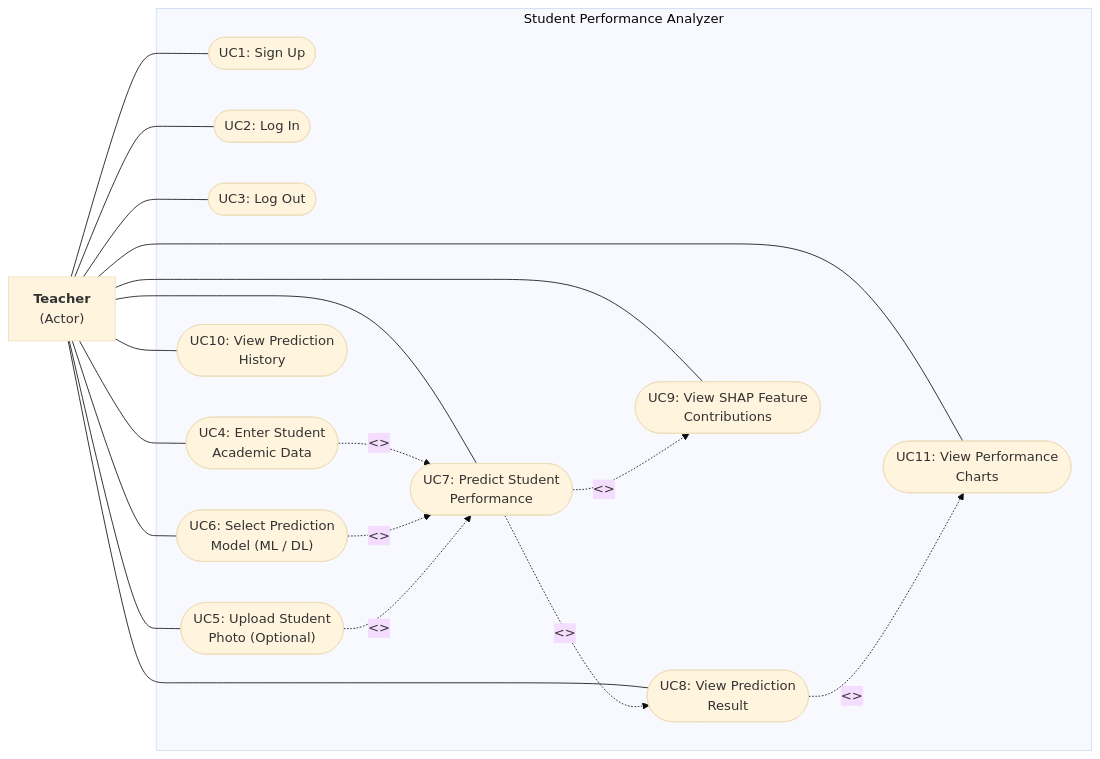
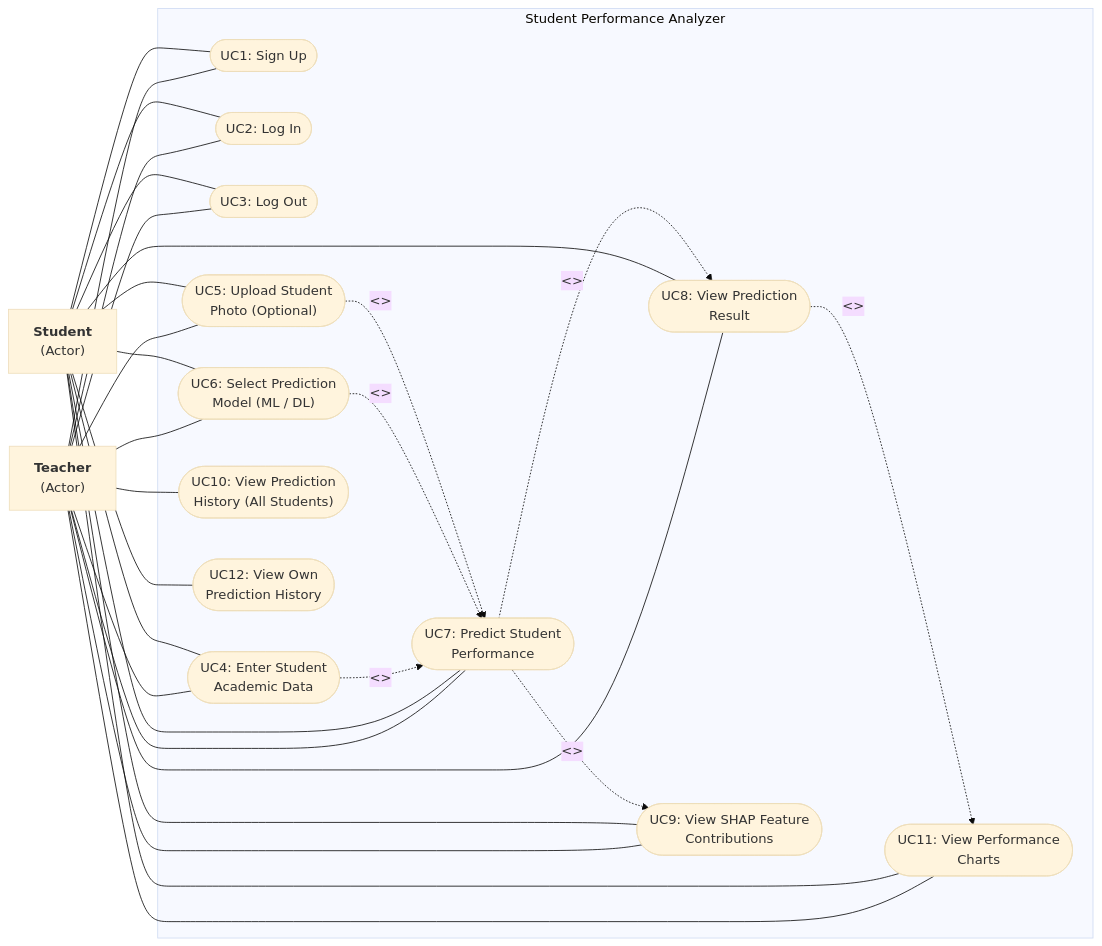
The diagram in diagram/04_use_case_diagram.md (vrroshni/student-analyser), drawn with Mermaid (base theme) before and after one commit. The commit also changed other lines of this file and 26 other files, not shown here.

````diff
--- a/diagram/04_use_case_diagram.md
+++ b/diagram/04_use_case_diagram.md
@@ -9,39 +9,54 @@
 ```mermaid
 flowchart LR
     Teacher["<b>Teacher</b>\n(Actor)"]
+    Student["<b>Student</b>\n(Actor)"]
 
     subgraph System["Student Performance Analyzer"]
         UC1(["UC1: Sign Up"])
         UC2(["UC2: Log In"])
         UC3(["UC3: Log Out"])
         UC4(["UC4: Enter Student\nAcademic Data"])
         UC5(["UC5: Upload Student\nPhoto (Optional)"])
         UC6(["UC6: Select Prediction\nModel (ML / DL)"])
         UC7(["UC7: Predict Student\nPerformance"])
         UC8(["UC8: View Prediction\nResult"])
         UC9(["UC9: View SHAP Feature\nContributions"])
-        UC10(["UC10: View Prediction\nHistory"])
+        UC10(["UC10: View Prediction\nHistory (All Students)"])
+        UC12(["UC12: View Own\nPrediction History"])
         UC11(["UC11: View Performance\nCharts"])
     end
 
     %% Teacher associations
     Teacher --- UC1
     Teacher --- UC2
     Teacher --- UC3
     Teacher --- UC4
     Teacher --- UC5
     Teacher --- UC6
     Teacher --- UC7
     Teacher --- UC8
     Teacher --- UC9
     Teacher --- UC10
     Teacher --- UC11
 
+    %% Student associations
+    Student --- UC1
+    Student --- UC2
+    Student --- UC3
+    Student --- UC4
+    Student --- UC5
+    Student --- UC6
+    Student --- UC7
+    Student --- UC8
+    Student --- UC9
+    Student --- UC12
+    Student --- UC11
+
     %% Dependencies
     UC4 -.->|"<<include>>"| UC7
     UC6 -.->|"<<include>>"| UC7
     UC5 -.->|"<<extend>>"| UC7
     UC7 -.->|"<<include>>"| UC8
     UC7 -.->|"<<include>>"| UC9
     UC8 -.->|"<<include>>"| UC11
 ```
````
